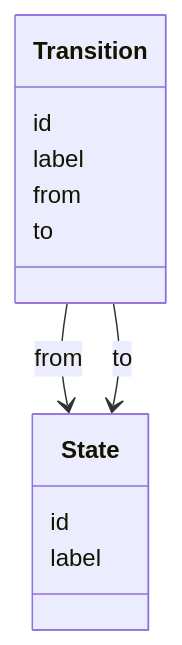
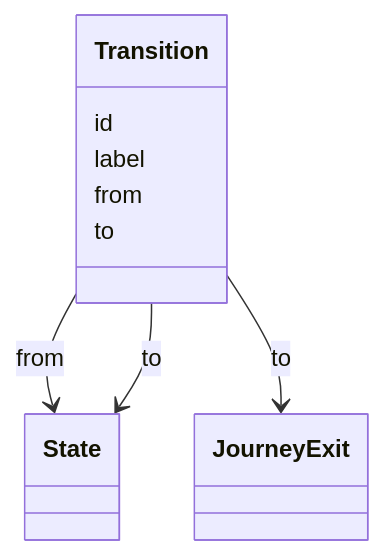
One commit to openuji/spec-ujg changed the third of 11 diagrams in specs/ed/graph/index.md. Above: the diagram before and after it, drawn with Mermaid. The commit also changed other lines of this file and 22 other files, not shown here.

````diff
--- a/specs/ed/graph/index.md
+++ b/specs/ed/graph/index.md
@@ -79,17 +108,16 @@
 ```mermaid
 classDiagram
-  class State {
-    id
-    label
-  }
+  class State
+  class JourneyExit
 
   class Transition {
     id
     label
     from
     to
   }
 
   Transition --> State : from
   Transition --> State : to
+  Transition --> JourneyExit : to
 ```
````
